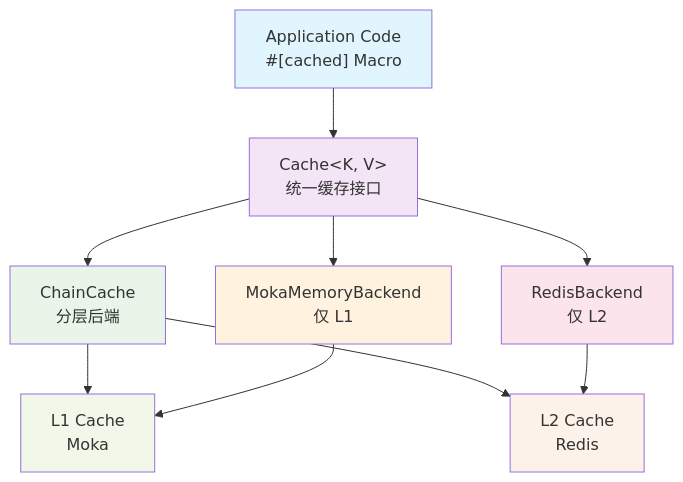
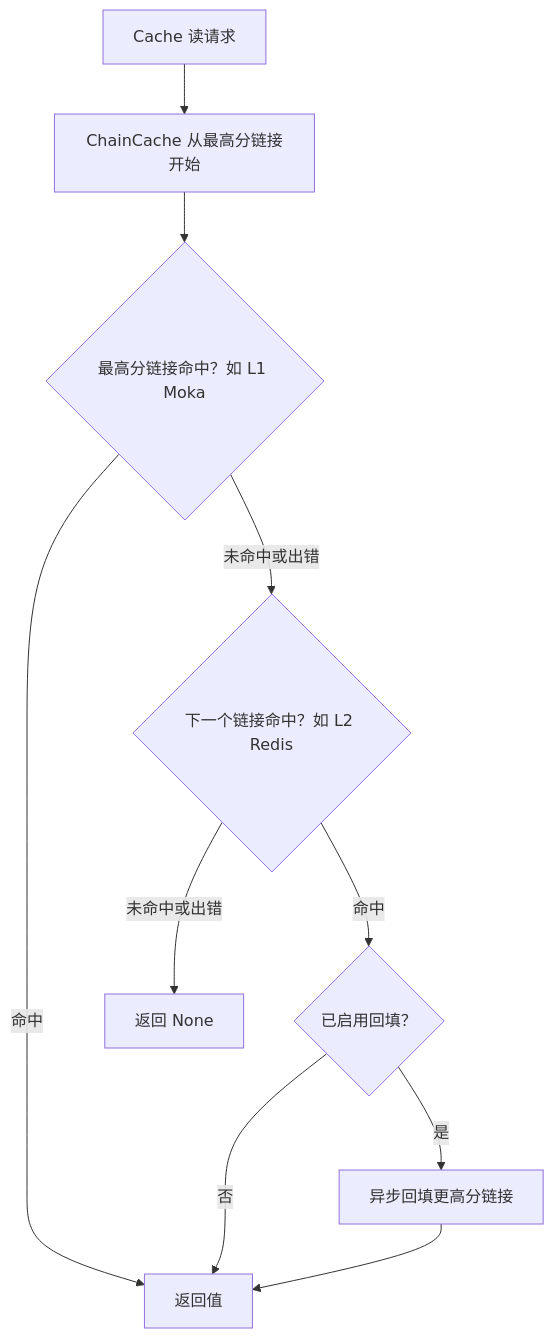
Before and after one commit to Kirky-X/oxcache: the third of 4 diagrams in README.md, drawn with Mermaid. The commit also changed other lines of this file and 1 other file, not shown here.

Commit message:
docs(oxcache): 重写中英双语 README — 架构/宏执行路径/ChainCache 读取/布隆穿透防护四幅 mermaid、28 个特性全表；移除已删除的 cli/i18n feature 条目，覆盖率门禁按 CI 事实修正 85%→80%，测试规模按 grep 实测标注

````diff
--- a/README.md
+++ b/README.md
@@ -286,22 +375,12 @@
 ```mermaid
-graph TD
-    A["Application Code<br/>#[cached] Macro"] --> B["Cache&lt;K, V&gt;<br/>统一缓存接口"]
-
-    B --> C[ChainCache<br/>分层后端]
-    B --> D[MokaMemoryBackend<br/>仅 L1]
-    B --> E[RedisBackend<br/>仅 L2]
-
-    C --> F[L1 Cache<br/>Moka]
-    C --> G[L2 Cache<br/>Redis]
-
-    D --> F
-    E --> G
-
-    style A fill:#e1f5fe
-    style B fill:#f3e5f5
-    style C fill:#e8f5e8
-    style D fill:#fff3e0
-    style E fill:#fce4ec
-    style F fill:#f1f8e9
-    style G fill:#fdf2e9
+flowchart TD
+    A["Cache 读请求"] --> B["ChainCache 从最高分链接开始"]
+    B --> C{"最高分链接命中？如 L1 Moka"}
+    C -->|命中| D["返回值"]
+    C -->|未命中或出错| E{"下一个链接命中？如 L2 Redis"}
+    E -->|命中| F{"已启用回填？"}
+    F -->|是| G["异步回填更高分链接"]
+    F -->|否| D
+    G --> D
+    E -->|未命中或出错| H["返回 None"]
 ```
````
